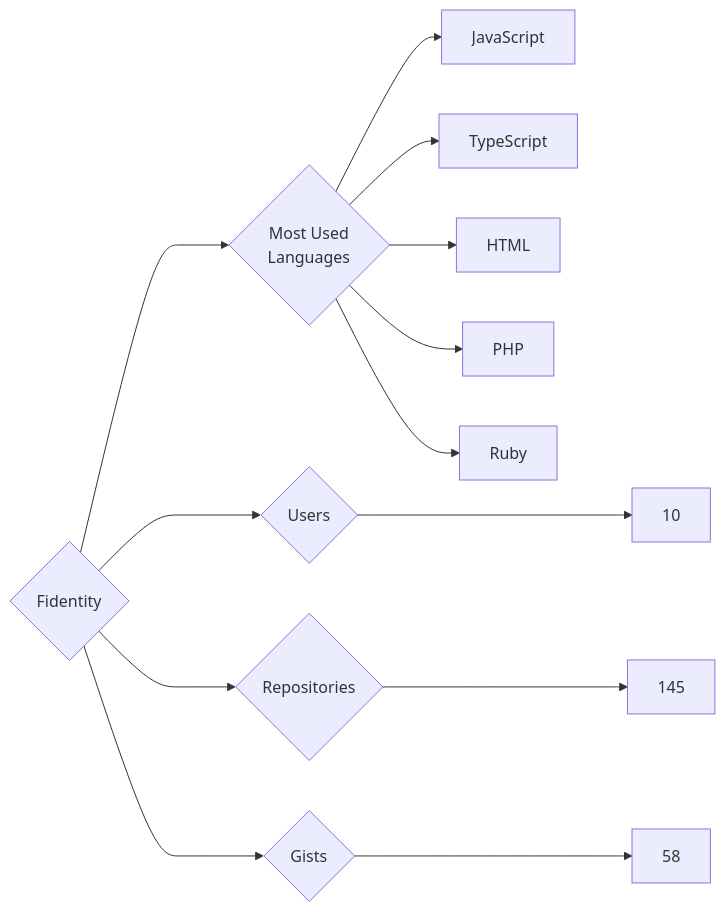
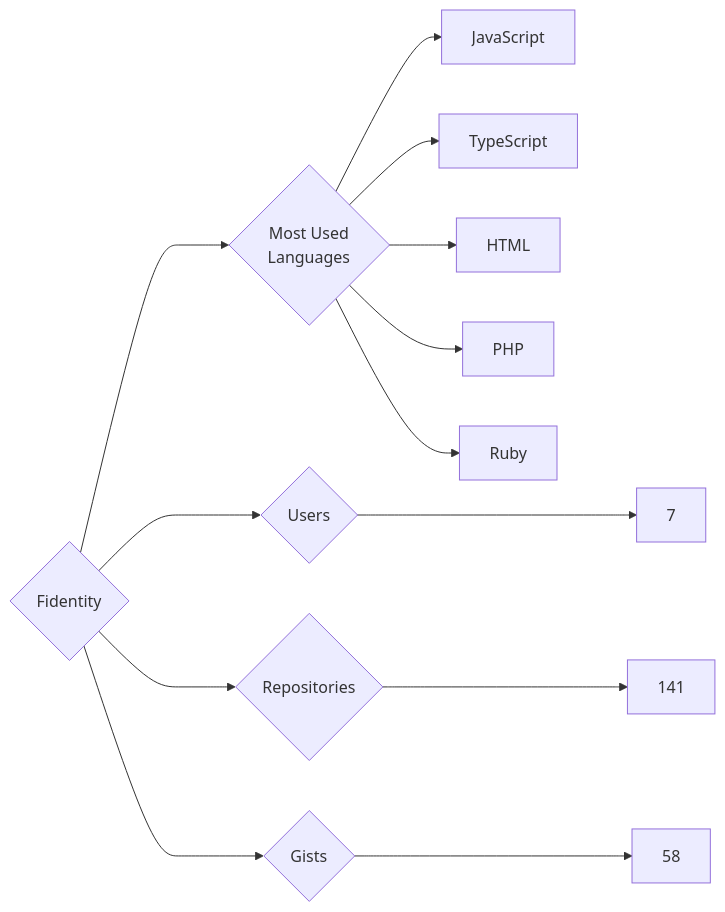
The diagram in targets/Fidentity/README.md (trickest/insiders), drawn with Mermaid before and after one commit. The commit also changed 1089 other files, not shown here.

````diff
--- a/targets/Fidentity/README.md
+++ b/targets/Fidentity/README.md
@@ -3,13 +3,13 @@
 ```mermaid
 graph LR
 COMPANY_NAME{Fidentity}
-COMPANY_NAME ---> U{Users} ---> UN[10]
-COMPANY_NAME ---> R{Repositories} ---> RN[145]
+COMPANY_NAME ---> U{Users} ---> UN[7]
+COMPANY_NAME ---> R{Repositories} ---> RN[141]
 COMPANY_NAME ---> G{Gists} ---> GN[58]
 COMPANY_NAME ---> ML{Most Used<br>Languages}
 ML --> JavaScript[JavaScript]
 ML --> TypeScript[TypeScript]
 ML --> HTML[HTML]
 ML --> PHP[PHP]
 ML --> Ruby[Ruby]
 ```
````
